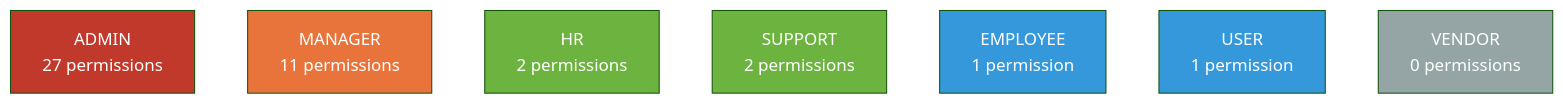
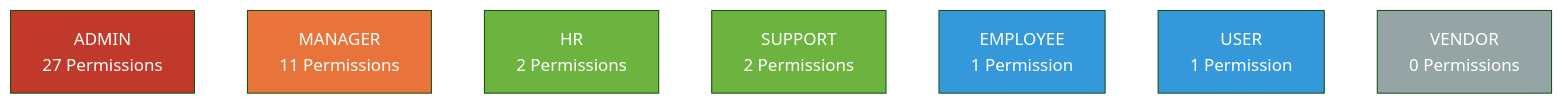
Before and after one commit to amarenderreddyvoladri/production-prototype-security-template: the sixth of 13 diagrams in README.md, drawn with Mermaid (forest theme). The commit also changed other lines of this file, not shown here.

Commit message:
docs: update README with comprehensive system architecture, security hardening details, and 9-phase roadmap

````diff
--- a/README.md
+++ b/README.md
@@ -319,18 +307,18 @@
 ```mermaid
 graph TD
-    ADMIN["ADMIN<br/>27 permissions"] 
-    MANAGER["MANAGER<br/>11 permissions"]
-    HR["HR<br/>2 permissions"]
-    SUPPORT["SUPPORT<br/>2 permissions"]
-    EMPLOYEE["EMPLOYEE<br/>1 permission"]
-    USER["USER<br/>1 permission"]
-    VENDOR["VENDOR<br/>0 permissions"]
+    ADMIN["ADMIN<br/>27 Permissions"]
+    MANAGER["MANAGER<br/>11 Permissions"]
+    HR["HR<br/>2 Permissions"]
+    SUPPORT["SUPPORT<br/>2 Permissions"]
+    EMPLOYEE["EMPLOYEE<br/>1 Permission"]
+    USER["USER<br/>1 Permission"]
+    VENDOR["VENDOR<br/>0 Permissions"]
 
     style ADMIN fill:#C0392B,color:#fff
     style MANAGER fill:#E8743B,color:#fff
     style HR fill:#6DB33F,color:#fff
     style SUPPORT fill:#6DB33F,color:#fff
     style EMPLOYEE fill:#3498DB,color:#fff
     style USER fill:#3498DB,color:#fff
     style VENDOR fill:#95A5A6,color:#fff
 ```
````
